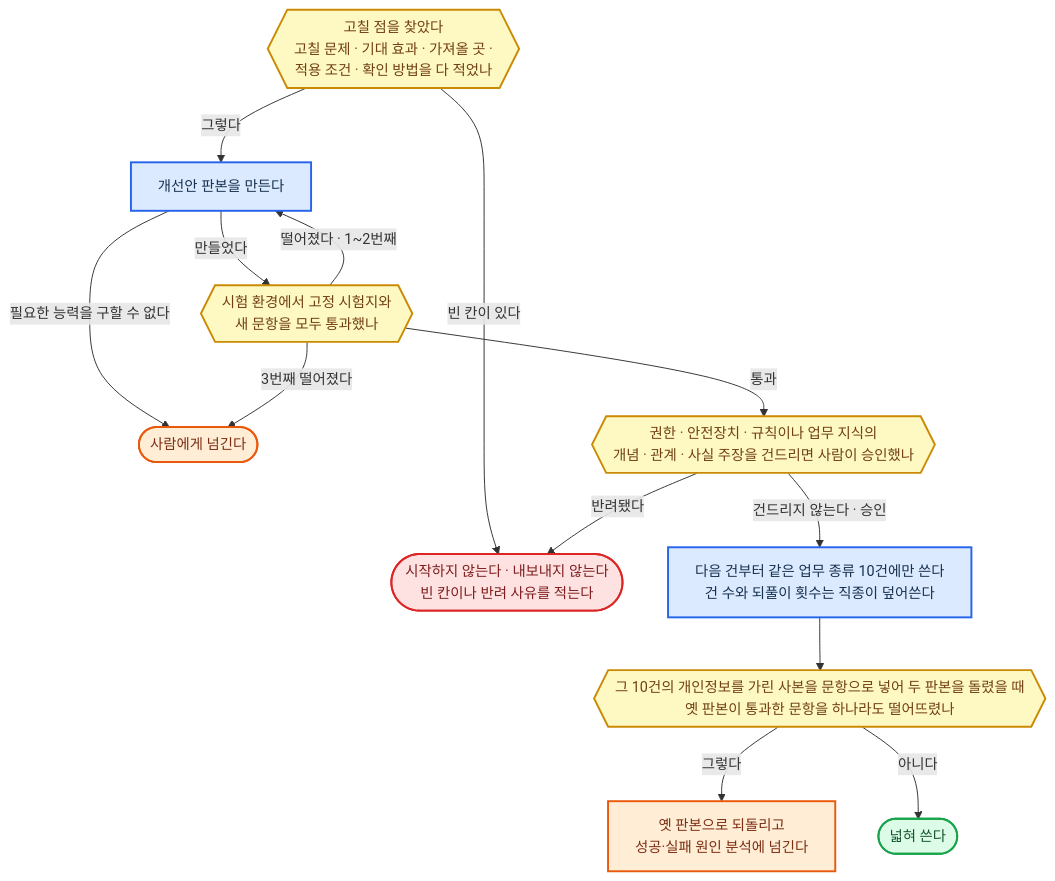
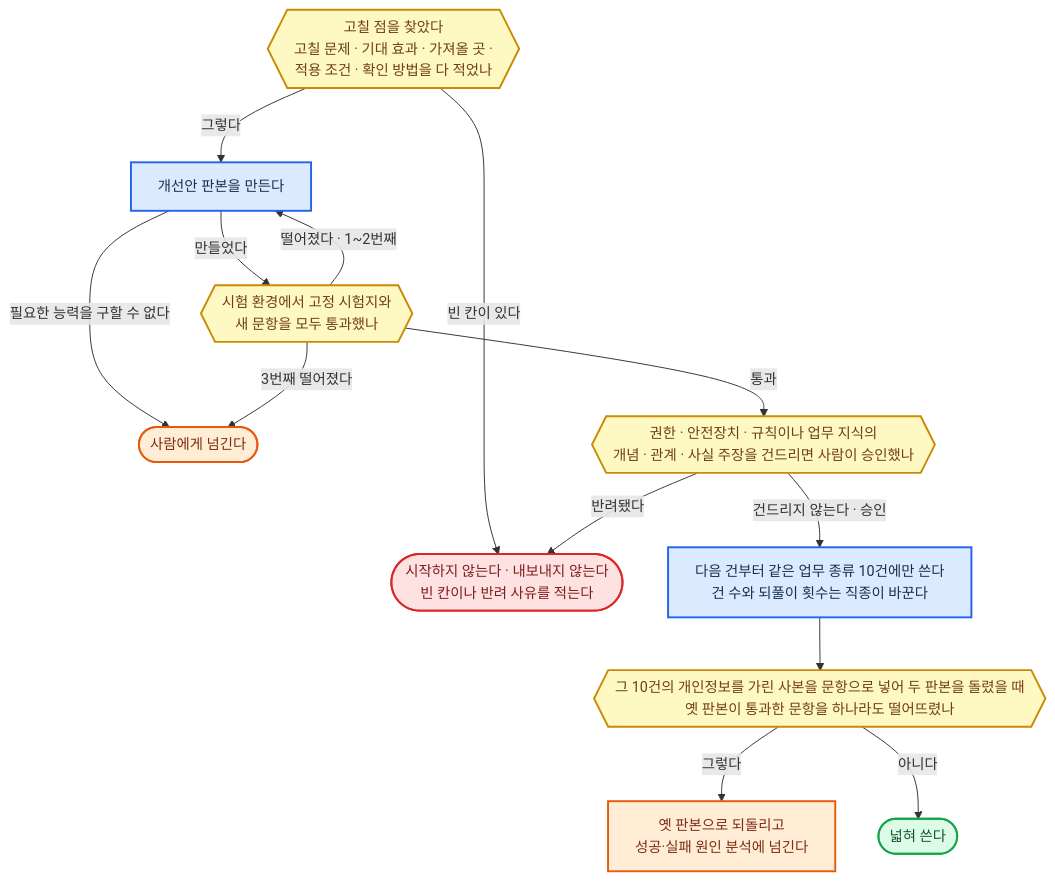
Before and after one commit to harisbaguette/expert: diagram 25 of 26 in 전문가 에이전트 정의 2.md, drawn with Mermaid. The commit also changed other lines of this file, not shown here.

Commit message:
정의 2 — 재료별 구상을 맨 위로 올리고 재료 밖 절은 구분선 아래로, 문서 자기 가리키기·되풀이·해명·괄호 보충을 지우고 어색한 말을 고침

````diff
--- a/전문가 에이전트 정의 2.md
+++ b/전문가 에이전트 정의 2.md
@@ -2826,20 +2629,20 @@
 ```mermaid
 %%{init: {"flowchart": {"wrappingWidth": 640, "curve": "basis", "nodeSpacing": 45, "rankSpacing": 55, "padding": 14, "useMaxWidth": true}, "themeVariables": {"fontSize": "15px"}} }%%
 flowchart TB
     classDef main fill:#dbeafe,stroke:#2563eb,stroke-width:2px,color:#17314f
     classDef stop fill:#fee2e2,stroke:#dc2626,stroke-width:2px,color:#7f1d1d
     classDef back fill:#ffedd5,stroke:#ea580c,stroke-width:2px,color:#7c2d12
     classDef good fill:#dcfce7,stroke:#16a34a,stroke-width:2px,color:#14532d
     classDef note fill:#fef9c3,stroke:#ca8a04,stroke-width:2px,color:#713f12
     FIVE{{"고칠 점을 찾았다<br/>고칠 문제 · 기대 효과 · 가져올 곳 ·<br/>적용 조건 · 확인 방법을 다 적었나"}}:::note -- "그렇다" --> MAKE["개선안 판본을 만든다"]:::main -- "만들었다" --> TEST{{"시험 환경에서 고정 시험지와<br/>새 문항을 모두 통과했나"}}:::note
     FIVE -- "빈 칸이 있다" --> STOP(["시작하지 않는다 · 내보내지 않는다<br/>빈 칸이나 반려 사유를 적는다"]):::stop
     MAKE -- "필요한 능력을 구할 수 없다" --> HUMAN(["사람에게 넘긴다"]):::back
     TEST -- "떨어졌다 · 1~2번째" --> MAKE
     TEST -- "3번째 떨어졌다" --> HUMAN
     TEST -- "통과" --> OK{{"권한 · 안전장치 · 규칙이나 업무 지식의<br/>개념 · 관계 · 사실 주장을 건드리면 사람이 승인했나"}}:::note
     OK -- "반려됐다" --> STOP
-    OK -- "건드리지 않는다 · 승인" --> NARROW["다음 건부터 같은 업무 종류 10건에만 쓴다<br/>건 수와 되풀이 횟수는 직종이 덮어쓴다"]:::main
+    OK -- "건드리지 않는다 · 승인" --> NARROW["다음 건부터 같은 업무 종류 10건에만 쓴다<br/>건 수와 되풀이 횟수는 직종이 바꾼다"]:::main
     NARROW --> WORSE{{"그 10건의 개인정보를 가린 사본을 문항으로 넣어 두 판본을 돌렸을 때<br/>옛 판본이 통과한 문항을 하나라도 떨어뜨렸나"}}:::note
     WORSE -- "그렇다" --> BACK["옛 판본으로 되돌리고<br/>성공·실패 원인 분석에 넘긴다"]:::back
     WORSE -- "아니다" --> WIDE(["넓혀 쓴다"]):::good
 ```
````
